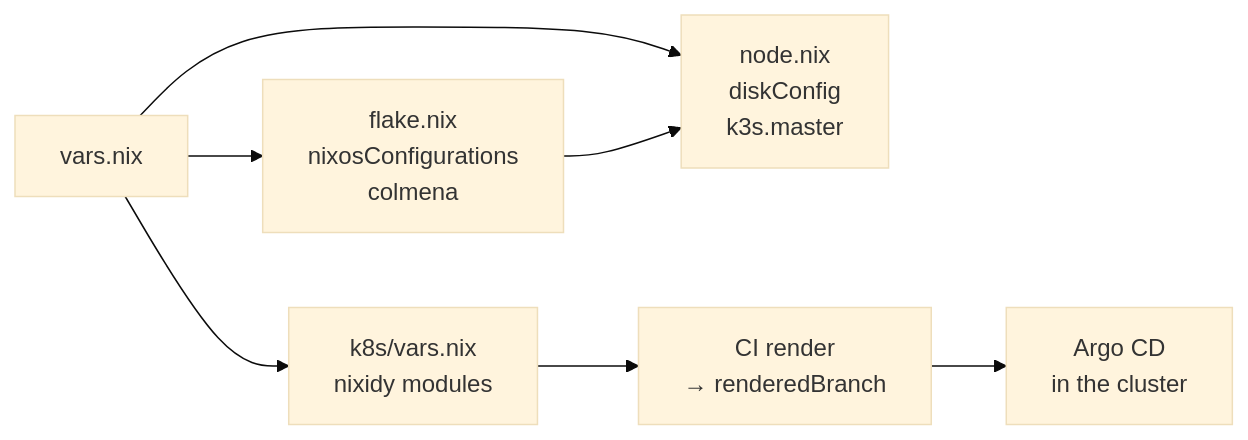
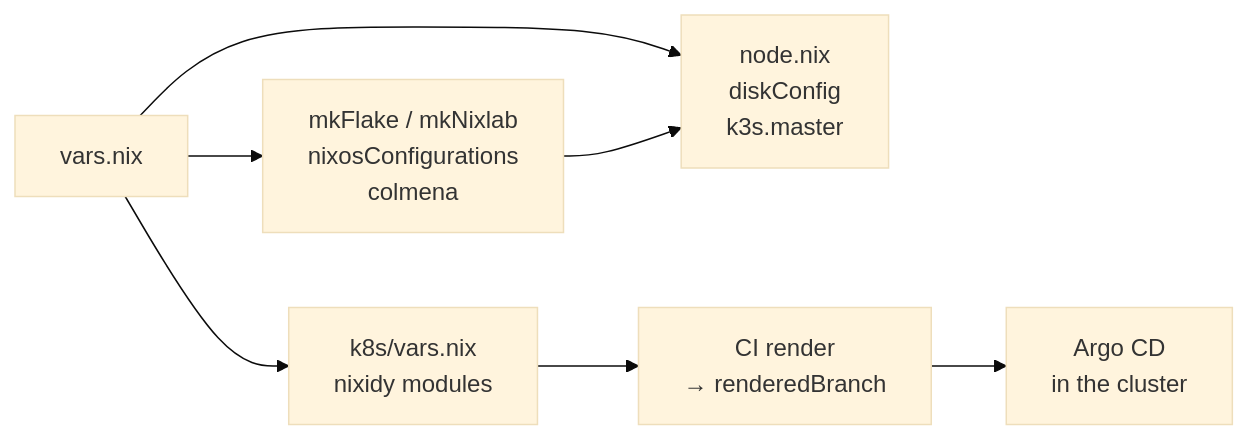
The second of 2 diagrams in docs/architecture.md (thatbagu/nixlab), drawn with Mermaid (base theme) before and after one commit. The commit also changed other lines of this file and 13 other files, not shown here.

Commit message:
docs: nixlab as a flake input, optional built-in apps, migration guide

````diff
--- a/docs/architecture.md
+++ b/docs/architecture.md
@@ -47,16 +58,16 @@
 ```mermaid
 graph LR
     V["vars.nix"]
-    F["flake.nix\nnixosConfigurations\ncolmena"]
+    F["mkFlake / mkNixlab\nnixosConfigurations\ncolmena"]
     N["node.nix\ndiskConfig\nk3s.master"]
     K["k8s/vars.nix\nnixidy modules"]
     R["CI render\n→ renderedBranch"]
     A["Argo CD\nin the cluster"]
 
     V --> F
     V --> N
     V --> K
     F --> N
     K --> R
     R --> A
 ```
````
